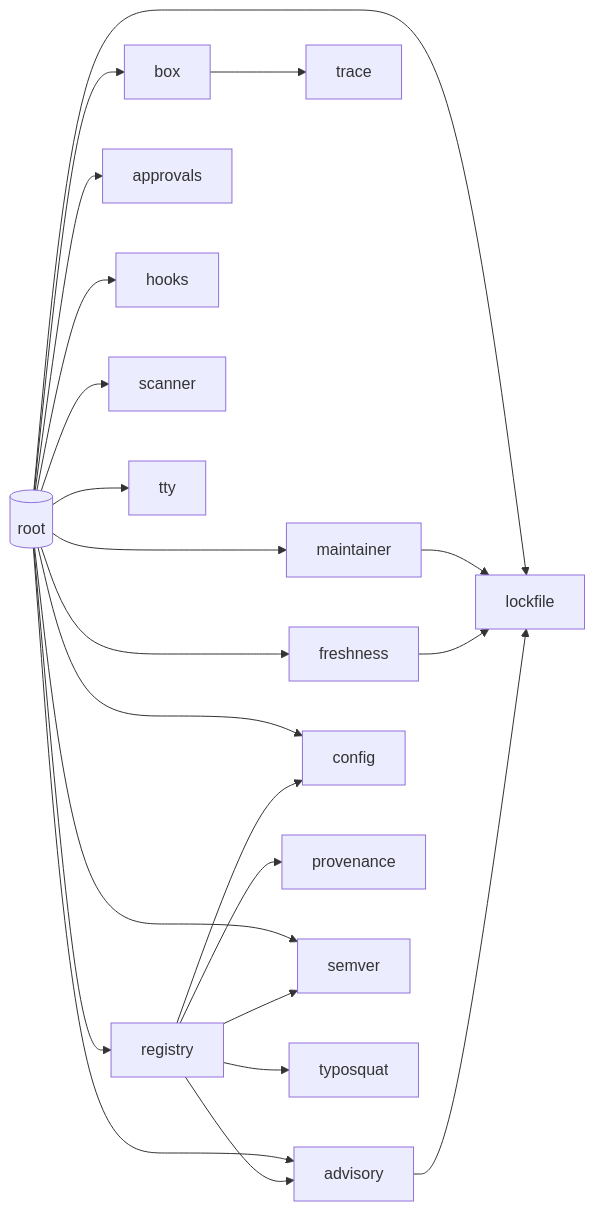
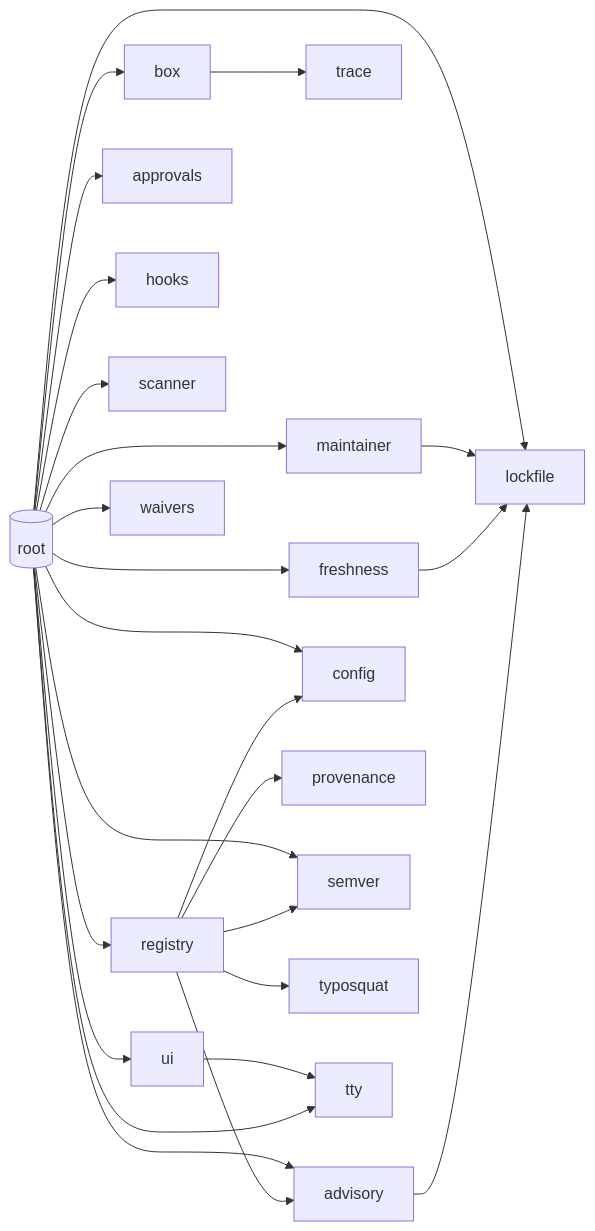
One commit to VolcanicMG/depguard changed the diagram in docs/CODEMAP.md. Above: the diagram before and after it, drawn with Mermaid. The commit also changed other lines of this file and 11 other files, not shown here.

````diff
--- a/docs/CODEMAP.md
+++ b/docs/CODEMAP.md
@@ -157,24 +169,27 @@
 ```mermaid
 graph LR
   advisory[advisory] --> lockfile[lockfile]
   box[box] --> trace[trace]
   freshness[freshness] --> lockfile[lockfile]
   maintainer[maintainer] --> lockfile[lockfile]
   registry[registry] --> advisory[advisory]
   registry[registry] --> config[config]
   registry[registry] --> provenance[provenance]
   registry[registry] --> semver[semver]
   registry[registry] --> typosquat[typosquat]
   root[(root)] --> advisory[advisory]
   root[(root)] --> approvals[approvals]
   root[(root)] --> box[box]
   root[(root)] --> config[config]
   root[(root)] --> freshness[freshness]
   root[(root)] --> hooks[hooks]
   root[(root)] --> lockfile[lockfile]
   root[(root)] --> maintainer[maintainer]
   root[(root)] --> registry[registry]
   root[(root)] --> scanner[scanner]
   root[(root)] --> semver[semver]
   root[(root)] --> tty[tty]
+  root[(root)] --> ui[ui]
+  root[(root)] --> waivers[waivers]
+  ui[ui] --> tty[tty]
 ```
````
